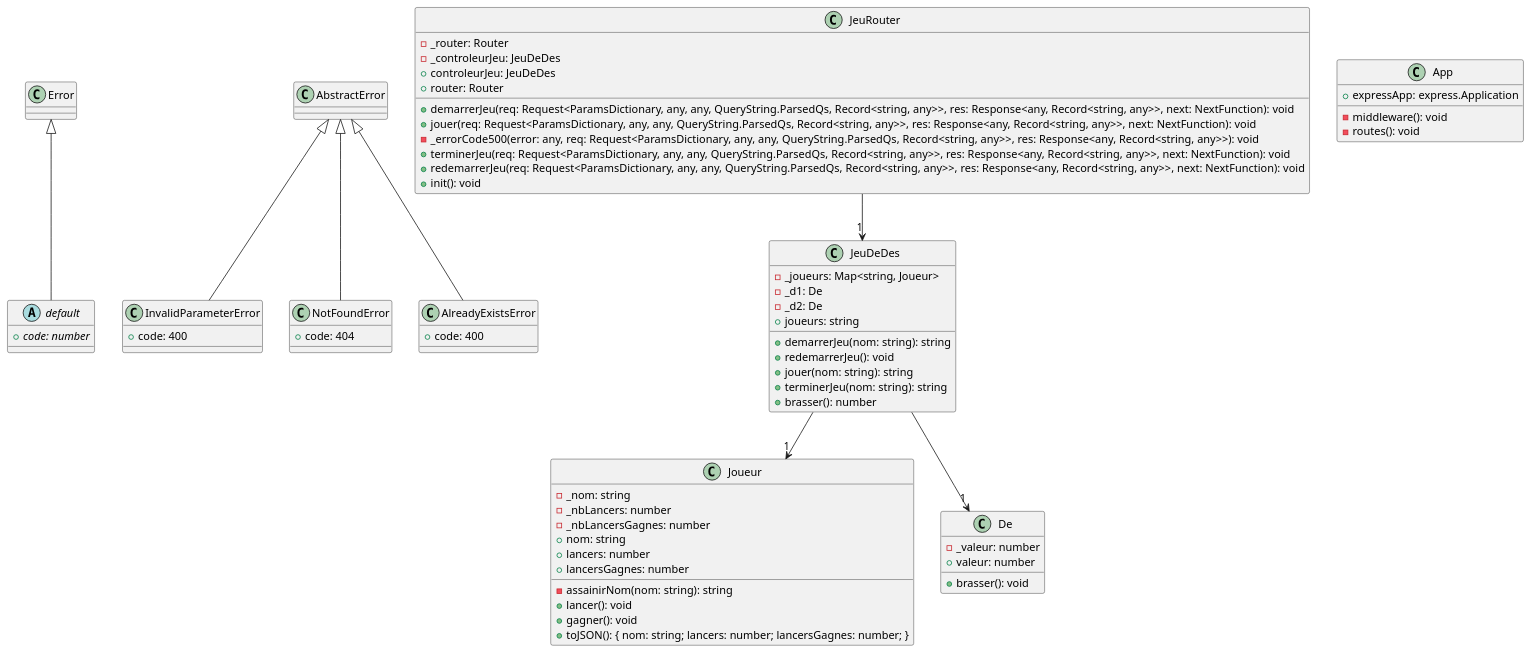
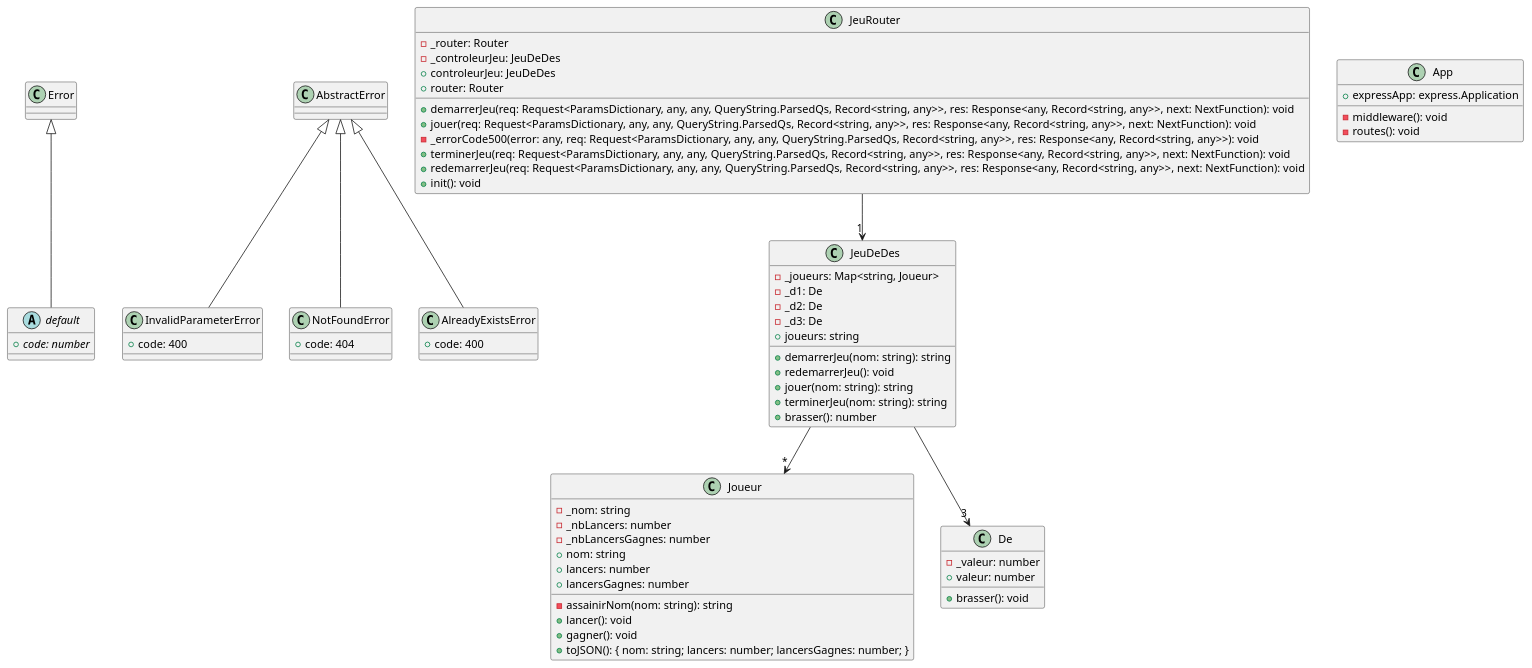
The diagram in docs/modeles/App.puml (cc-probitaille/laboratoire-0-Vatryx), drawn with PlantUML before and after one commit. The commit also changed 9 other files, not shown here.

```diff
--- a/docs/modeles/App.puml
+++ b/docs/modeles/App.puml
@@ -1,62 +1,63 @@
 @startuml
 abstract class default extends Error {
     +{abstract} code: number
 }
 class InvalidParameterError extends AbstractError {
     +code: 400
 }
 class Joueur {
     -_nom: string
     -_nbLancers: number
     -_nbLancersGagnes: number
     +nom: string
     -assainirNom(nom: string): string
     +lancers: number
     +lancersGagnes: number
     +lancer(): void
     +gagner(): void
     +toJSON(): { nom: string; lancers: number; lancersGagnes: number; }
 }
 class De {
     -_valeur: number
     +brasser(): void
     +valeur: number
 }
 class NotFoundError extends AbstractError {
     +code: 404
 }
 class AlreadyExistsError extends AbstractError {
     +code: 400
 }
 class JeuDeDes {
     -_joueurs: Map<string, Joueur>
     -_d1: De
     -_d2: De
+    -_d3: De
     +demarrerJeu(nom: string): string
     +redemarrerJeu(): void
     +jouer(nom: string): string
     +terminerJeu(nom: string): string
     +brasser(): number
     +joueurs: string
 }
 class JeuRouter {
     -_router: Router
     -_controleurJeu: JeuDeDes
     +controleurJeu: JeuDeDes
     +router: Router
     +demarrerJeu(req: Request<ParamsDictionary, any, any, QueryString.ParsedQs, Record<string, any>>, res: Response<any, Record<string, any>>, next: NextFunction): void
     +jouer(req: Request<ParamsDictionary, any, any, QueryString.ParsedQs, Record<string, any>>, res: Response<any, Record<string, any>>, next: NextFunction): void
     -_errorCode500(error: any, req: Request<ParamsDictionary, any, any, QueryString.ParsedQs, Record<string, any>>, res: Response<any, Record<string, any>>): void
     +terminerJeu(req: Request<ParamsDictionary, any, any, QueryString.ParsedQs, Record<string, any>>, res: Response<any, Record<string, any>>, next: NextFunction): void
     +redemarrerJeu(req: Request<ParamsDictionary, any, any, QueryString.ParsedQs, Record<string, any>>, res: Response<any, Record<string, any>>, next: NextFunction): void
     +init(): void
 }
 class App {
     +expressApp: express.Application
     -middleware(): void
     -routes(): void
 }
-JeuDeDes --> "1" Joueur
-JeuDeDes --> "1" De
+JeuDeDes --> "*" Joueur
+JeuDeDes --> "3" De
 JeuRouter --> "1" JeuDeDes
 @enduml
```
